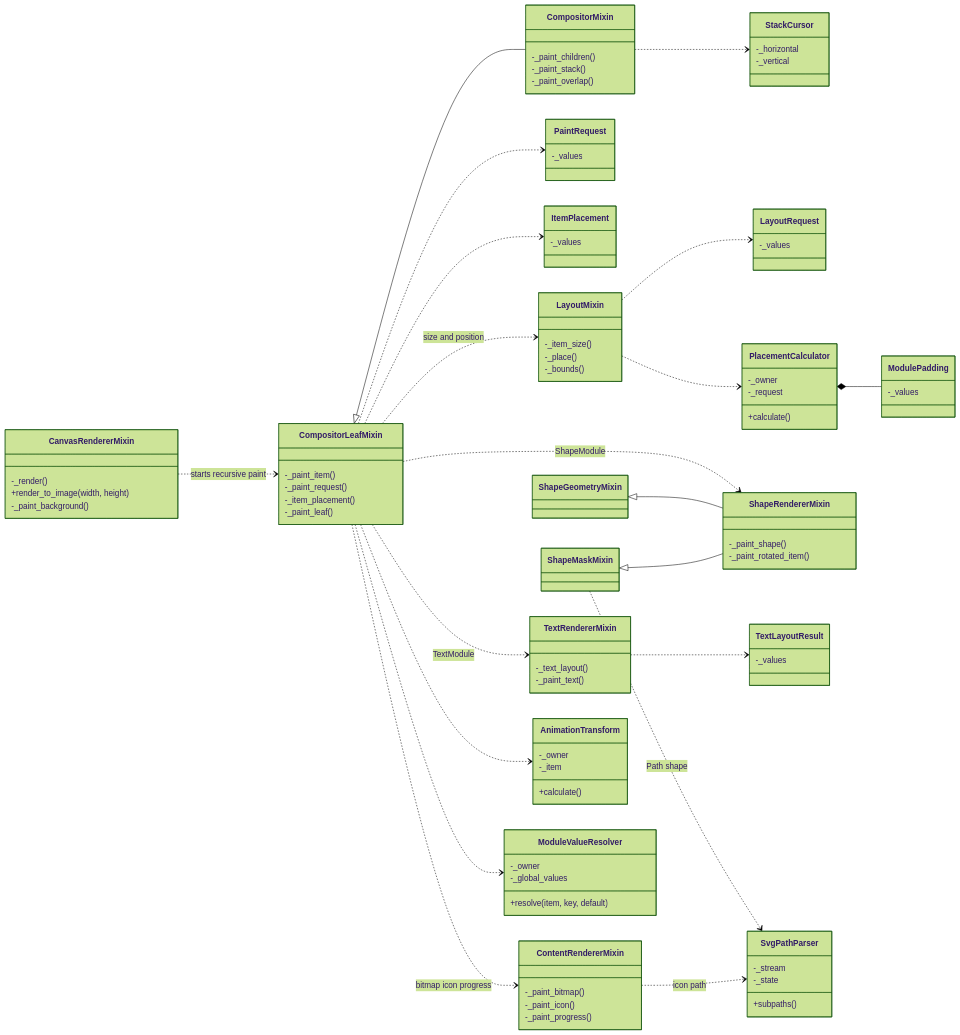
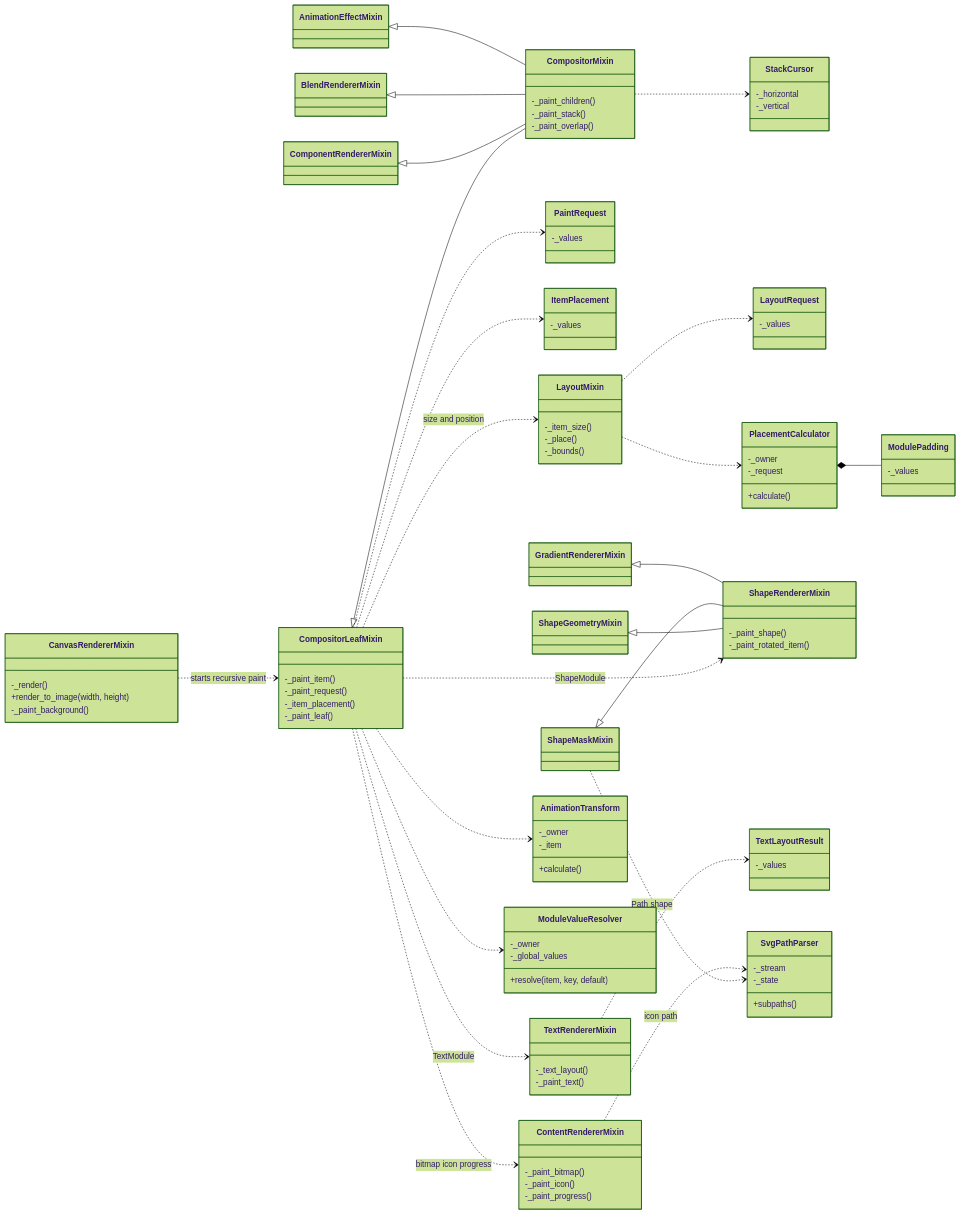
Before and after one commit to k014c1287/klwp_pc_editor: the third of 13 diagrams in doc/KLWPエディタ_設計仕様.md, drawn with Mermaid (forest theme). The commit also changed other lines of this file and 26 other files, not shown here.

```diff
--- a/doc/KLWPエディタ_設計仕様.md
+++ b/doc/KLWPエディタ_設計仕様.md
@@ -314,6 +323,9 @@
 
     CanvasRendererMixin ..> CompositorLeafMixin : starts recursive paint
     CompositorLeafMixin <|-- CompositorMixin
+    ComponentRendererMixin <|-- CompositorMixin
+    BlendRendererMixin <|-- CompositorMixin
+    AnimationEffectMixin <|-- CompositorMixin
     CompositorLeafMixin ..> PaintRequest
     CompositorLeafMixin ..> ItemPlacement
     CompositorMixin ..> StackCursor
@@ -328,6 +340,7 @@
     CompositorLeafMixin ..> ContentRendererMixin : bitmap icon progress
     ShapeGeometryMixin <|-- ShapeRendererMixin
     ShapeMaskMixin <|-- ShapeRendererMixin
+    GradientRendererMixin <|-- ShapeRendererMixin
     TextRendererMixin ..> TextLayoutResult
     ShapeMaskMixin ..> SvgPathParser : Path shape
     ContentRendererMixin ..> SvgPathParser : icon path
```
